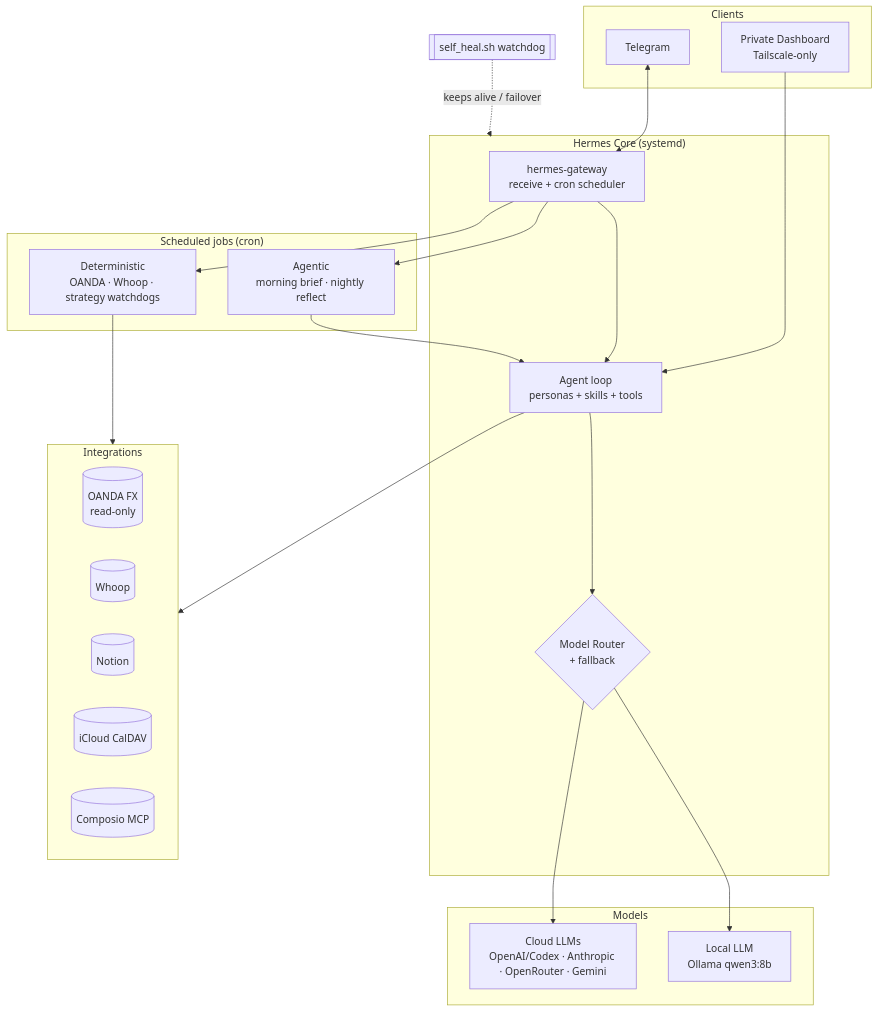
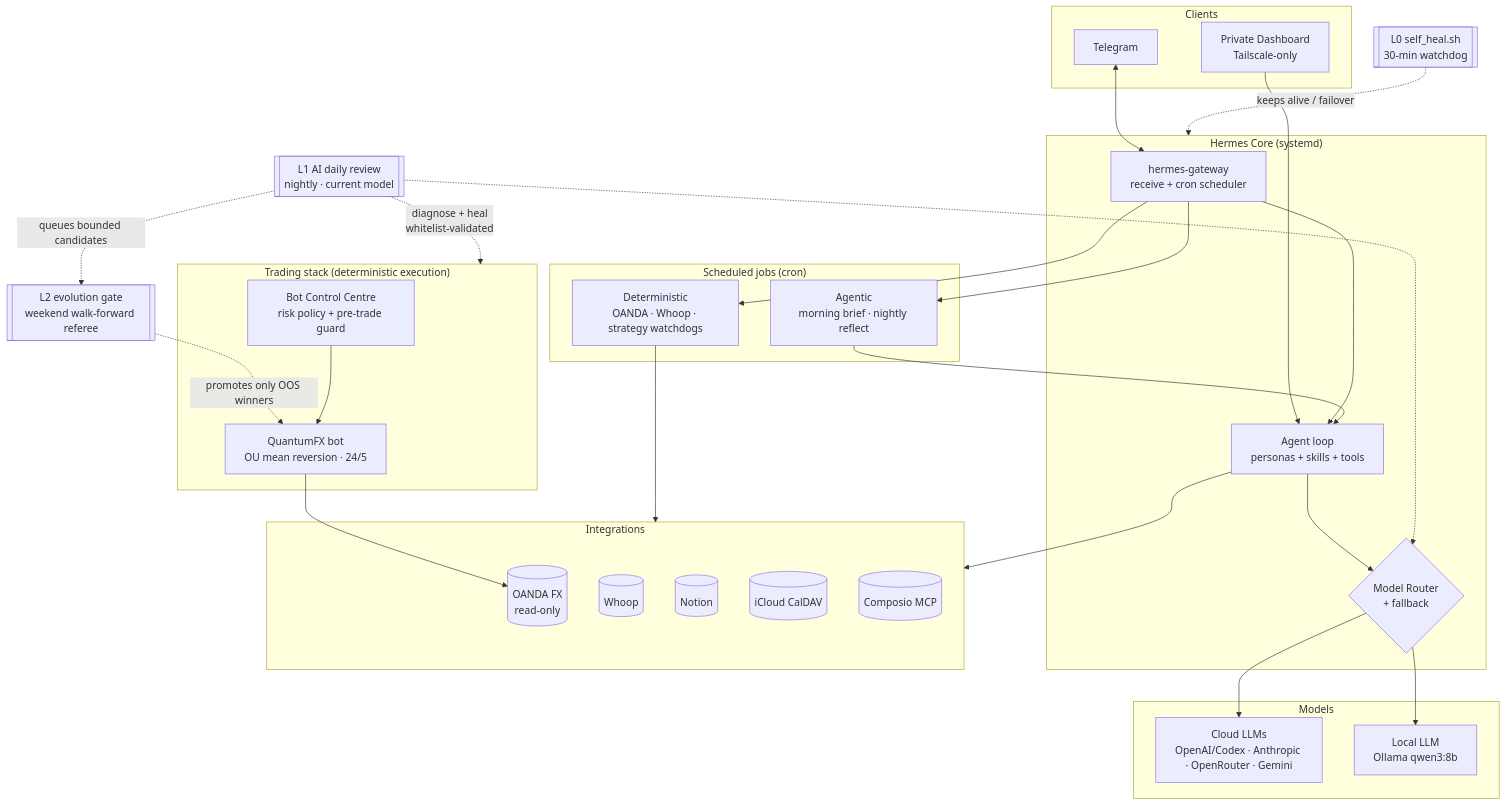
The diagram in README.md (navysum/hermes-agent-infrastructure), drawn with Mermaid before and after one commit. The commit also changed other lines of this file and 3 other files, not shown here.

First line of the commit message:
Docs: consolidate into one-place-per-topic, add SELF_HEALING.md, refresh diagram

````diff
--- a/README.md
+++ b/README.md
@@ -129,45 +142,56 @@
 ```mermaid
 flowchart TD
     subgraph Clients
         TG[Telegram] 
         DASH[Private Dashboard<br/>Tailscale-only]
     end
 
     subgraph Core["Hermes Core (systemd)"]
         GW[hermes-gateway<br/>receive + cron scheduler]
         AGENT[Agent loop<br/>personas + skills + tools]
         ROUTER{Model Router<br/>+ fallback}
     end
 
     subgraph Models
         CLOUD[Cloud LLMs<br/>OpenAI/Codex · Anthropic · OpenRouter · Gemini]
         LOCAL[Local LLM<br/>Ollama qwen3:8b]
     end
 
     subgraph Jobs["Scheduled jobs (cron)"]
         DET[Deterministic<br/>OANDA · Whoop · strategy watchdogs]
         AGN[Agentic<br/>morning brief · nightly reflect]
     end
 
     subgraph Integrations
         OANDA[(OANDA FX<br/>read-only)]
         WHOOP[(Whoop)]
         NOTION[(Notion)]
         CAL[(iCloud CalDAV)]
         COMPOSIO[(Composio MCP)]
     end
 
     TG <--> GW
     DASH --> AGENT
     GW --> AGENT
     AGENT --> ROUTER
     ROUTER --> CLOUD
     ROUTER --> LOCAL
     GW --> DET
     GW --> AGN
     DET --> Integrations
     AGN --> AGENT
     AGENT --> Integrations
 
-    WATCH[[self_heal.sh watchdog]] -. keeps alive / failover .-> Core
+    subgraph Trading["Trading stack (deterministic execution)"]
+        QFX[QuantumFX bot<br/>OU mean reversion · 24/5]
+        BCC[Bot Control Centre<br/>risk policy + pre-trade guard]
+    end
+
+    WATCH[[L0 self_heal.sh<br/>30-min watchdog]] -. keeps alive / failover .-> Core
+    REVIEW[[L1 AI daily review<br/>nightly · current model]] -. diagnose + heal<br/>whitelist-validated .-> Trading
+    REVIEW -.-> ROUTER
+    EVO[[L2 evolution gate<br/>weekend walk-forward referee]] -. promotes only OOS winners .-> QFX
+    REVIEW -. queues bounded candidates .-> EVO
+    QFX --> OANDA
+    BCC --> QFX
 ```
````
